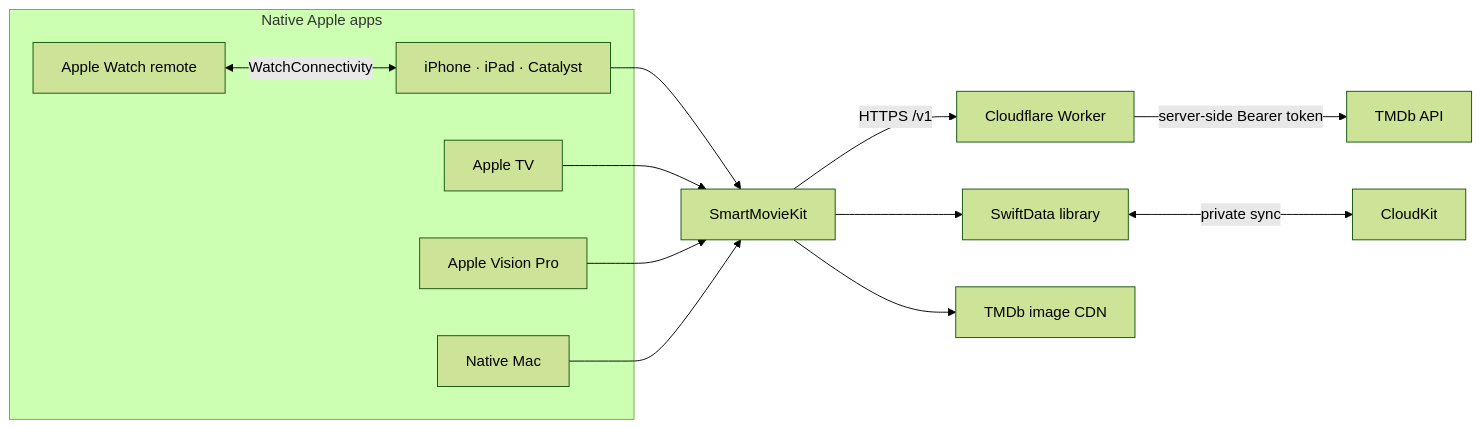
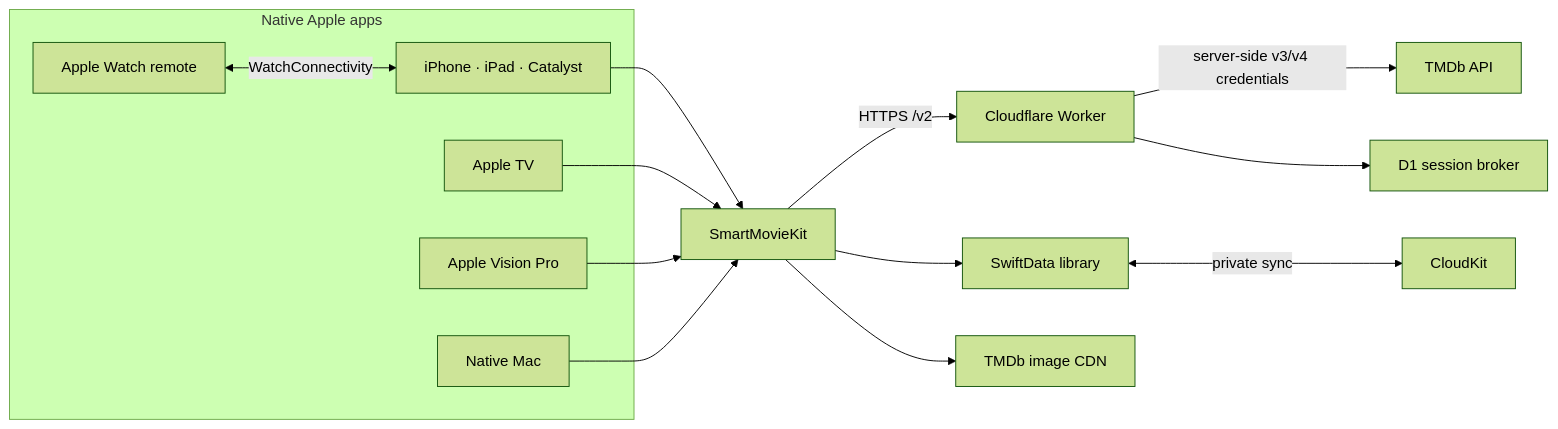
The diagram in README.md (LamPPKK/SmartMovie), drawn with Mermaid (forest theme) before and after one commit. The commit also changed other lines of this file and 8 other files, not shown here.

````diff
--- a/README.md
+++ b/README.md
@@ -92,21 +94,22 @@
 ```mermaid
 flowchart LR
     subgraph Apple["Native Apple apps"]
         Universal["iPhone · iPad · Catalyst"]
         TV["Apple TV"]
         Vision["Apple Vision Pro"]
         Mac["Native Mac"]
         Watch["Apple Watch remote"]
     end
 
     Universal --> Kit["SmartMovieKit"]
     TV --> Kit
     Vision --> Kit
     Mac --> Kit
     Watch <-->|"WatchConnectivity"| Universal
-    Kit -->|"HTTPS /v1"| Worker["Cloudflare Worker"]
-    Worker -->|"server-side Bearer token"| TMDb["TMDb API"]
+    Kit -->|"HTTPS /v2"| Worker["Cloudflare Worker"]
+    Worker -->|"server-side v3/v4 credentials"| TMDb["TMDb API"]
+    Worker --> Sessions["D1 session broker"]
     Kit --> Store["SwiftData library"]
     Store <-->|"private sync"| CloudKit["CloudKit"]
     Kit --> Images["TMDb image CDN"]
 ```
````
